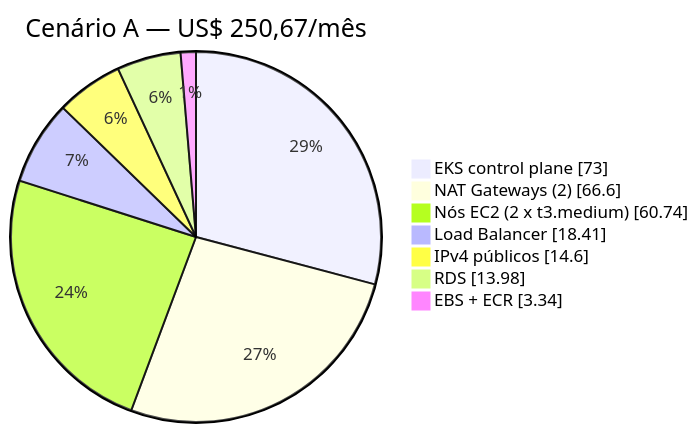
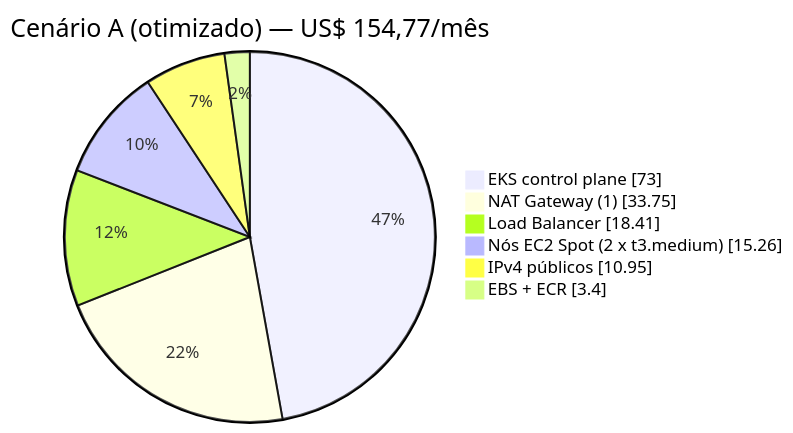
The first of 2 diagrams in docs/projeto/custos.md (EuMiguelll/Projeto-PMA), drawn with Mermaid before and after one commit. The commit also changed other lines of this file and 5 other files, not shown here.

````diff
--- a/docs/projeto/custos.md
+++ b/docs/projeto/custos.md
@@ -54,10 +62,9 @@
 ```mermaid
-pie showData title Cenário A — US$ 250,67/mês
+pie showData title Cenário A (otimizado) — US$ 154,77/mês
     "EKS control plane" : 73.00
-    "NAT Gateways (2)" : 66.60
-    "Nós EC2 (2 x t3.medium)" : 60.74
+    "NAT Gateway (1)" : 33.75
     "Load Balancer" : 18.41
-    "IPv4 públicos" : 14.60
-    "RDS" : 13.98
-    "EBS + ECR" : 3.34
+    "Nós EC2 Spot (2 x t3.medium)" : 15.26
+    "IPv4 públicos" : 10.95
+    "EBS + ECR" : 3.40
 ```
````
